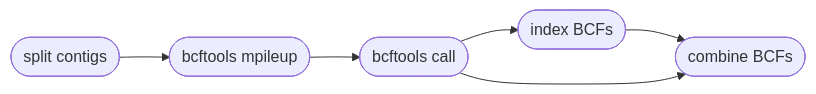
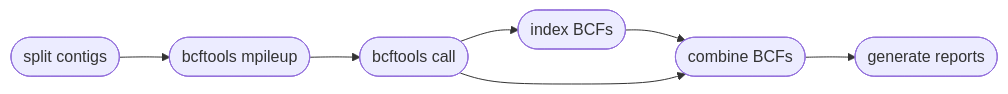
Before and after one commit to pdimens/harpy: the first of 2 diagrams in Modules/variantcalling.md, drawn with Mermaid. The commit also changed other lines of this file, not shown here.

Commit message:
update DAG

````diff
--- a/Modules/variantcalling.md
+++ b/Modules/variantcalling.md
@@ -58,8 +58,9 @@
 ```mermaid
 graph LR
     A([split contigs]) --> B([bcftools mpileup])
     B-->C([bcftools call])
     C-->D([index BCFs])
     D-->E([combine BCFs])
     C-->E
+    E-->F([generate reports])
 ```
````
